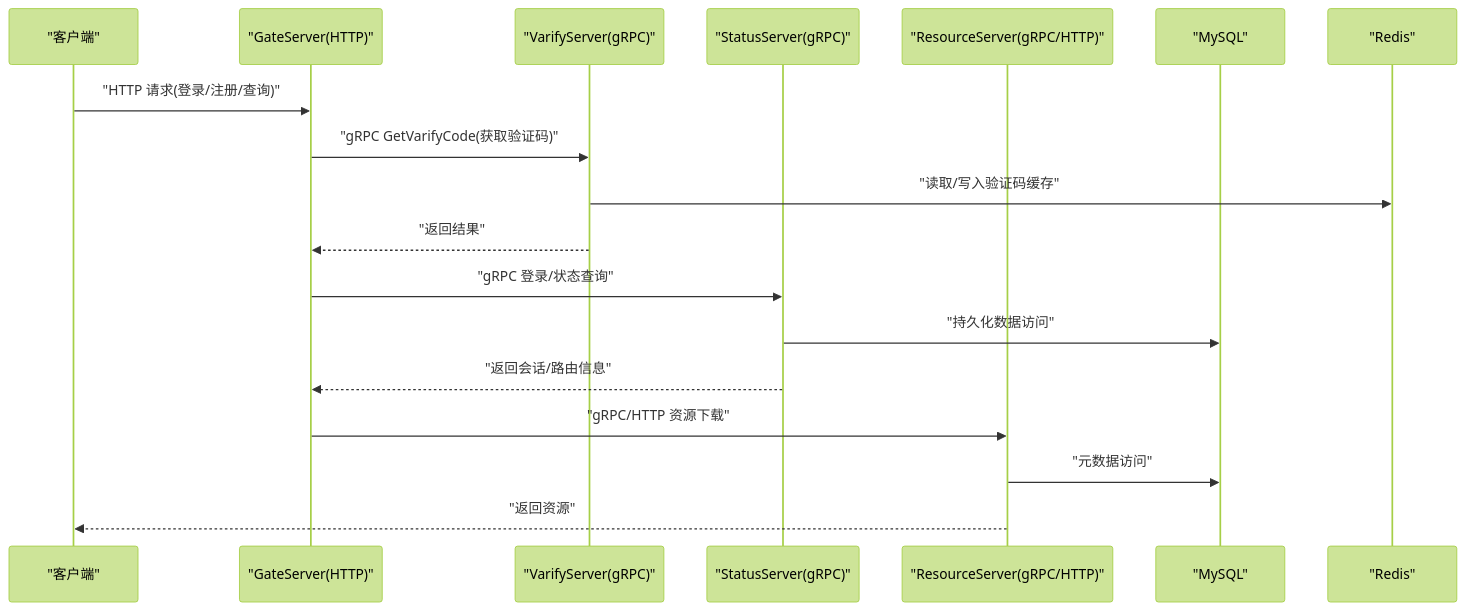
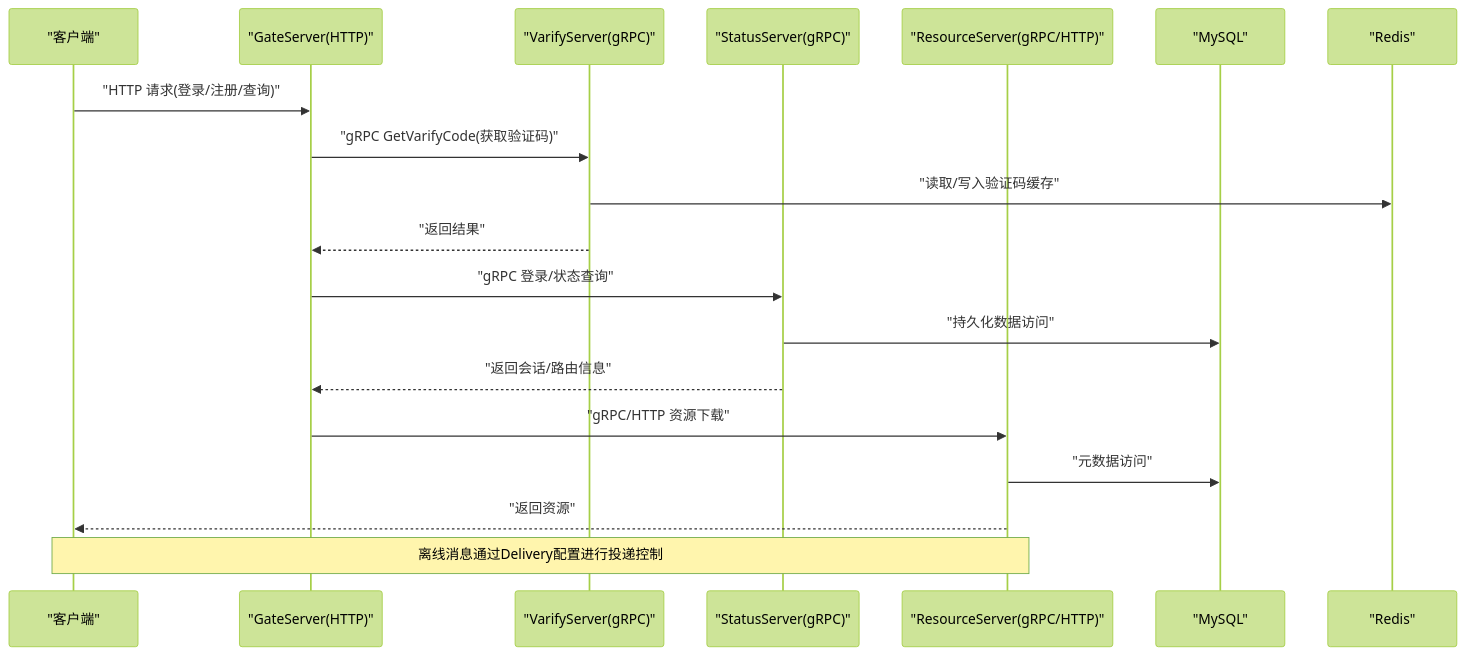
The second of 3 diagrams in .qoder/repowiki/zh/content/部署运维/服务部署/服务配置/服务配置.md (echo9923/mychatter), drawn with Mermaid (forest theme) before and after one commit. The commit also changed other lines of this file and 54 other files, not shown here.

````diff
--- a/.qoder/repowiki/zh/content/部署运维/服务部署/服务配置/服务配置.md
+++ b/.qoder/repowiki/zh/content/部署运维/服务部署/服务配置/服务配置.md
@@ -101,20 +114,21 @@
 ```mermaid
 sequenceDiagram
 participant C as "客户端"
 participant G as "GateServer(HTTP)"
 participant V as "VarifyServer(gRPC)"
 participant S as "StatusServer(gRPC)"
 participant R as "ResourceServer(gRPC/HTTP)"
 participant DB as "MySQL"
 participant RD as "Redis"
 C->>G : "HTTP 请求(登录/注册/查询)"
 G->>V : "gRPC GetVarifyCode(获取验证码)"
 V->>RD : "读取/写入验证码缓存"
 V-->>G : "返回结果"
 G->>S : "gRPC 登录/状态查询"
 S->>DB : "持久化数据访问"
 S-->>G : "返回会话/路由信息"
 G->>R : "gRPC/HTTP 资源下载"
 R->>DB : "元数据访问"
 R-->>C : "返回资源"
+Note over C,R : 离线消息通过Delivery配置进行投递控制
 ```
````
